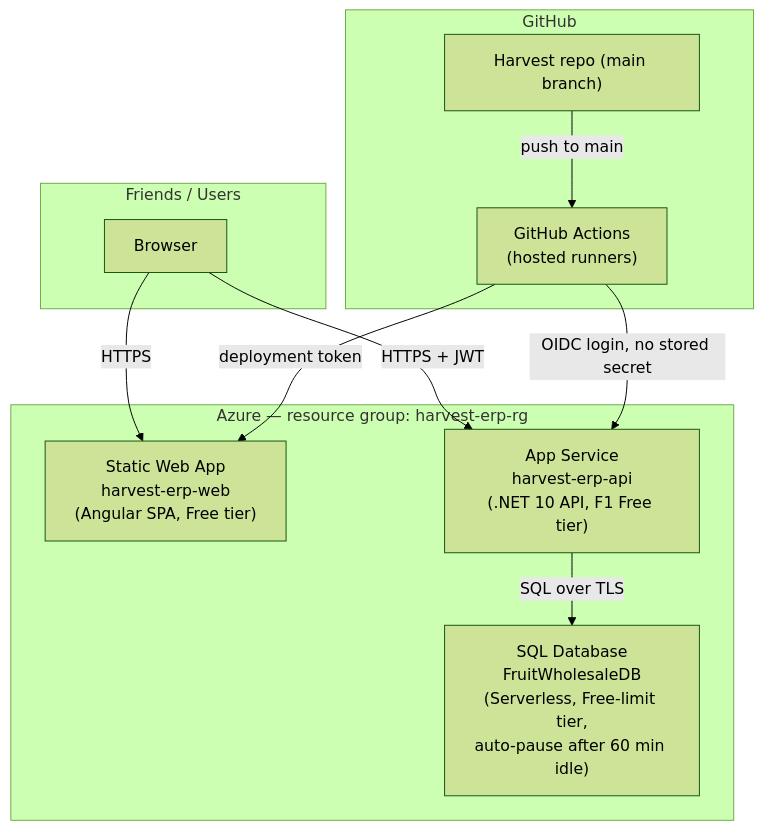
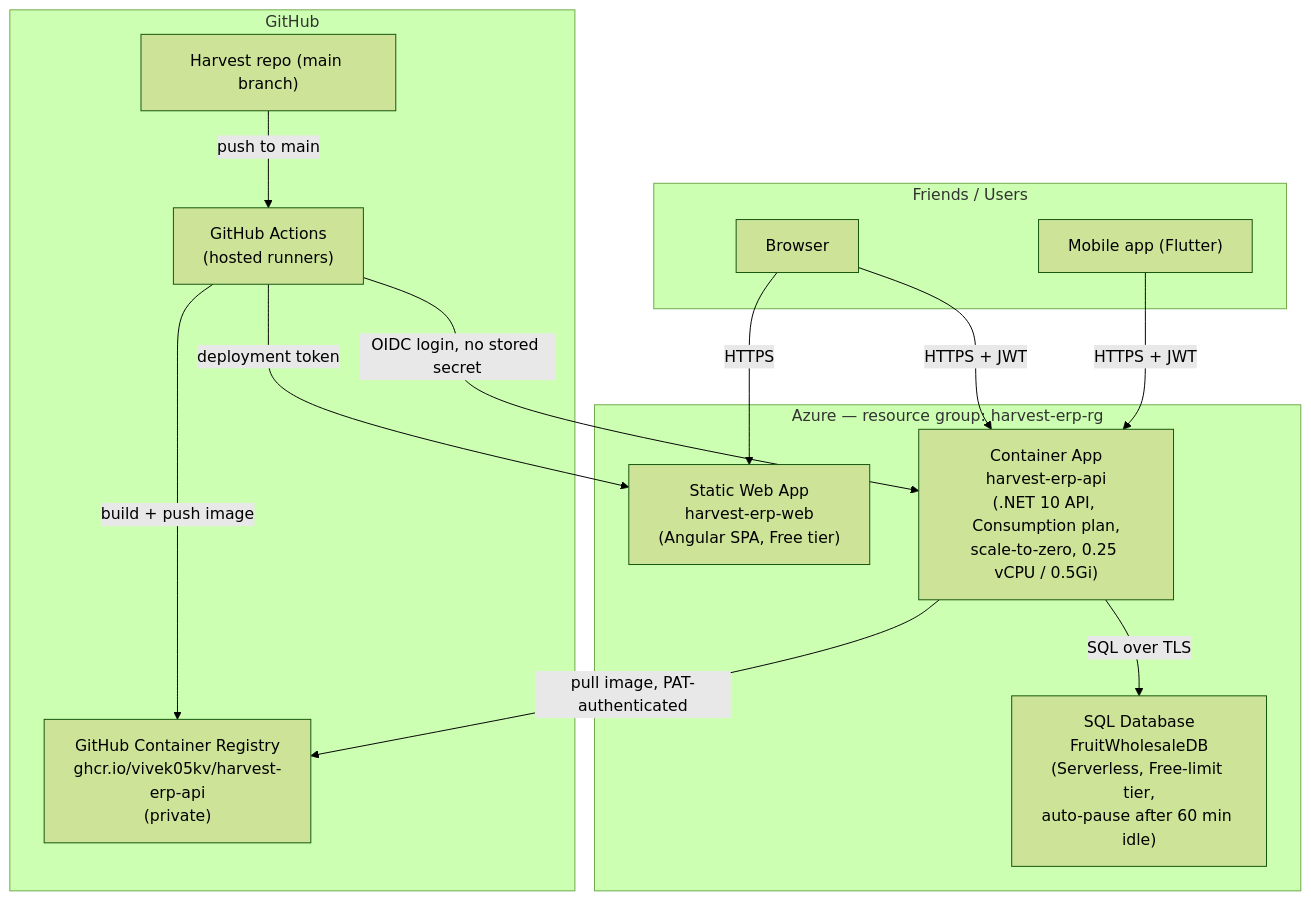
The diagram in README.md (ViveK05KV/Harvest), drawn with Mermaid (forest theme) before and after one commit. The commit also changed other lines of this file, not shown here.

First line of the commit message:
docs: document the App Service to Container Apps migration

````diff
--- a/README.md
+++ b/README.md
@@ -123,25 +123,30 @@
 ```mermaid
 flowchart TB
     subgraph clients["Friends / Users"]
         browser["Browser"]
+        mobile["Mobile app (Flutter)"]
     end
 
     subgraph gh["GitHub"]
         repo["Harvest repo (main branch)"]
         actions["GitHub Actions\n(hosted runners)"]
+        ghcr["GitHub Container Registry\nghcr.io/vivek05kv/harvest-erp-api\n(private)"]
     end
 
     subgraph azure["Azure — resource group: harvest-erp-rg"]
         swa["Static Web App\nharvest-erp-web\n(Angular SPA, Free tier)"]
-        api["App Service\nharvest-erp-api\n(.NET 10 API, F1 Free tier)"]
+        aca["Container App\nharvest-erp-api\n(.NET 10 API, Consumption plan,\nscale-to-zero, 0.25 vCPU / 0.5Gi)"]
         sql["SQL Database\nFruitWholesaleDB\n(Serverless, Free-limit tier,\nauto-pause after 60 min idle)"]
     end
 
     browser -->|HTTPS| swa
-    browser -->|HTTPS + JWT| api
-    api -->|SQL over TLS| sql
+    browser -->|HTTPS + JWT| aca
+    mobile -->|HTTPS + JWT| aca
+    aca -->|SQL over TLS| sql
 
     repo -->|push to main| actions
-    actions -->|OIDC login, no stored secret| api
+    actions -->|build + push image| ghcr
+    actions -->|OIDC login, no stored secret| aca
+    aca -->|pull image, PAT-authenticated| ghcr
     actions -->|deployment token| swa
 ```
````
